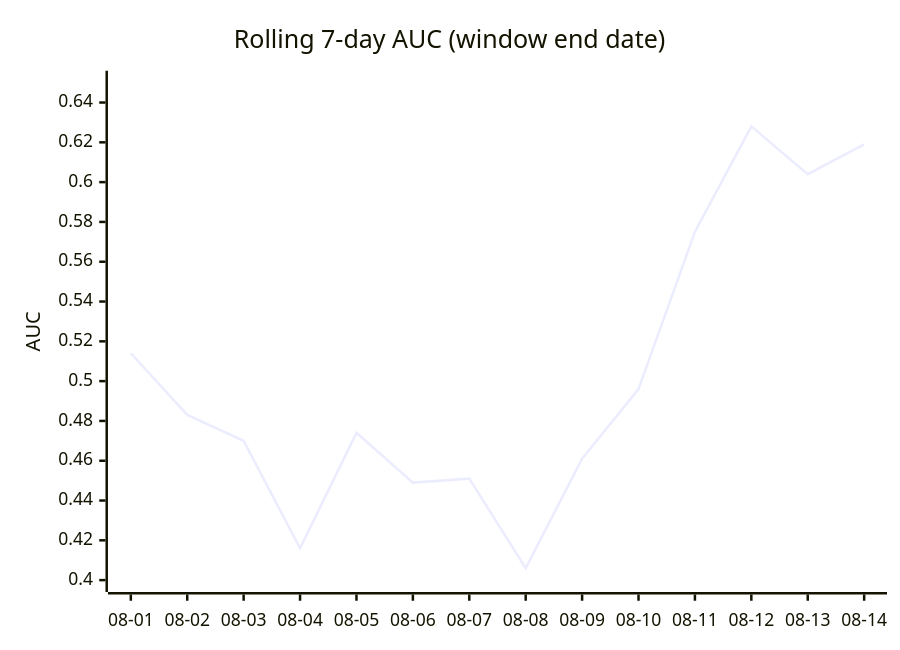
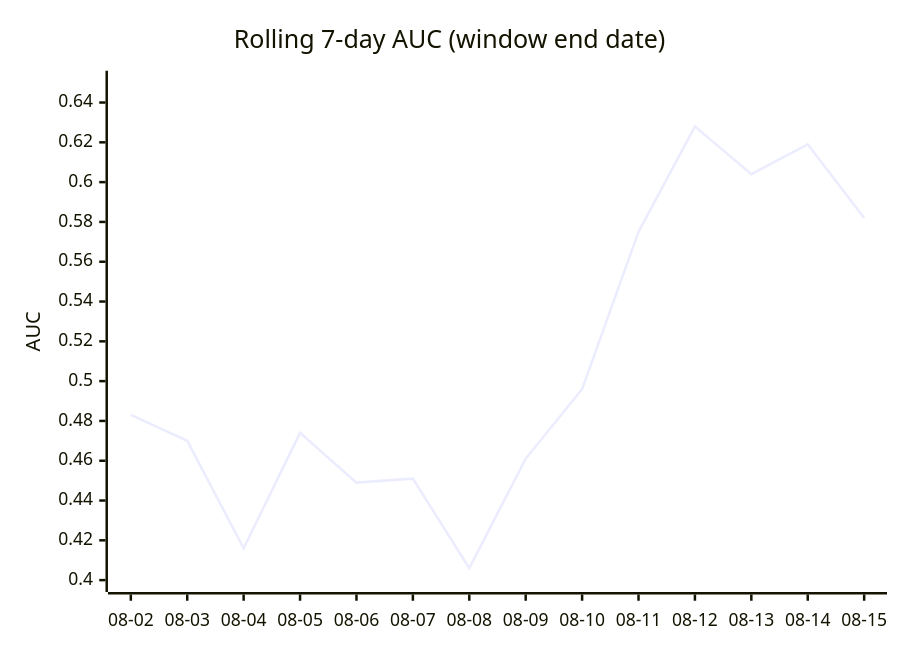
Before and after one commit to dpk1212/nhl-savant: the third of 4 diagrams in DAILY_AGSU_REPORT.md, drawn with Mermaid. The commit also changed other lines of this file, not shown here.

````diff
--- a/DAILY_AGSU_REPORT.md
+++ b/DAILY_AGSU_REPORT.md
@@ -807,7 +810,7 @@
 ```mermaid
 xychart-beta
     title "Rolling 7-day AUC (window end date)"
-    x-axis ["08-01", "08-02", "08-03", "08-04", "08-05", "08-06", "08-07", "08-08", "08-09", "08-10", "08-11", "08-12", "08-13", "08-14"]
+    x-axis ["08-02", "08-03", "08-04", "08-05", "08-06", "08-07", "08-08", "08-09", "08-10", "08-11", "08-12", "08-13", "08-14", "08-15"]
     y-axis "AUC" 0.4 --> 0.65
-    line [0.514, 0.483, 0.47, 0.416, 0.474, 0.449, 0.451, 0.406, 0.461, 0.496, 0.575, 0.628, 0.604, 0.619]
+    line [0.483, 0.47, 0.416, 0.474, 0.449, 0.451, 0.406, 0.461, 0.496, 0.575, 0.628, 0.604, 0.619, 0.582]
 ```
````
